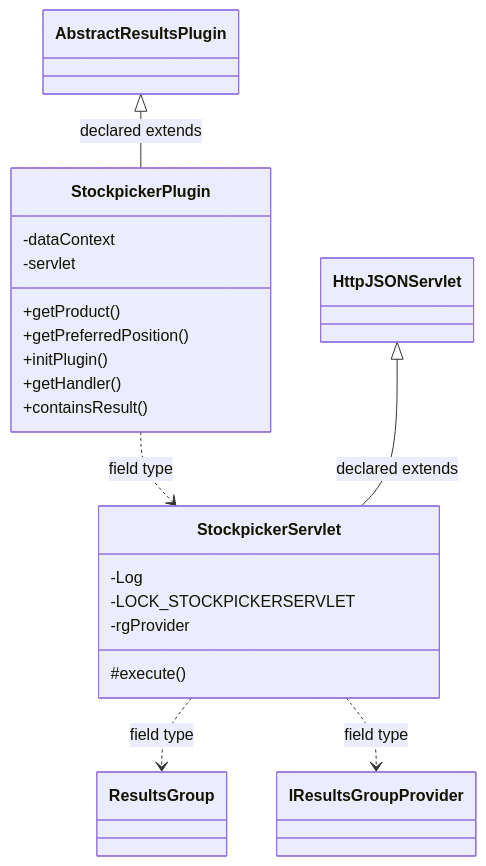
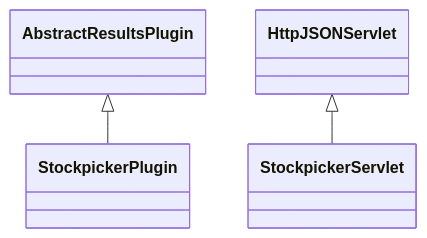
The diagram in docs/sqx/Results/ResultsStockpicker.md (haruperi/HaruQuantAI), drawn with Mermaid before and after one commit. The commit also changed other lines of this file and 1688 other files, not shown here.

````diff
--- a/docs/sqx/Results/ResultsStockpicker.md
+++ b/docs/sqx/Results/ResultsStockpicker.md
@@ -30,27 +26,9 @@
 ```mermaid
 classDiagram
-    class C94983a97d18b["StockpickerPlugin"] {
-        -dataContext
-        -servlet
-        +getProduct()
-        +getPreferredPosition()
-        +initPlugin()
-        +getHandler()
-        +containsResult()
-    }
-    class C99278e2cdbf6["StockpickerServlet"] {
-        -Log
-        -LOCK_STOCKPICKERSERVLET
-        -rgProvider
-        #execute()
-    }
-    class C81fcbc41b716["ResultsGroup"]
-    class C180e0c3f58c3["AbstractResultsPlugin"]
-    class C9ceba9ba4bac["IResultsGroupProvider"]
-    class C8900f90ae594["HttpJSONServlet"]
-    C180e0c3f58c3 <|-- C94983a97d18b : declared extends
-    C94983a97d18b ..> C99278e2cdbf6 : field type
-    C8900f90ae594 <|-- C99278e2cdbf6 : declared extends
-    C99278e2cdbf6 ..> C81fcbc41b716 : field type
-    C99278e2cdbf6 ..> C9ceba9ba4bac : field type
+    class C0["StockpickerPlugin"]
+    class C1["StockpickerServlet"]
+    class E0["AbstractResultsPlugin"]
+    E0 <|-- C0
+    class E1["HttpJSONServlet"]
+    E1 <|-- C1
 ```
````
